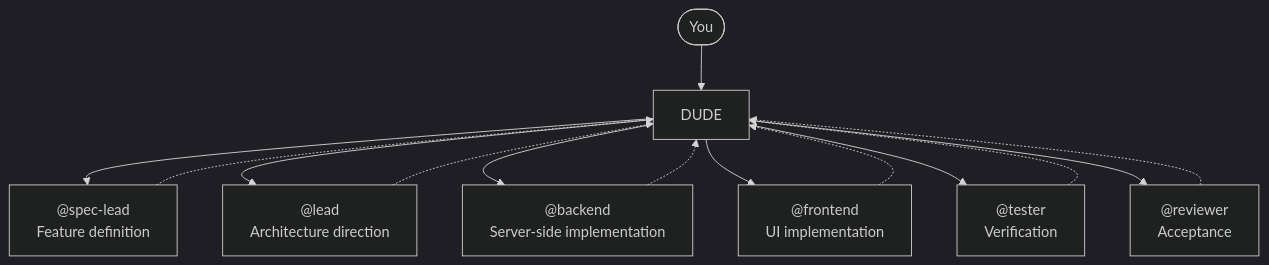
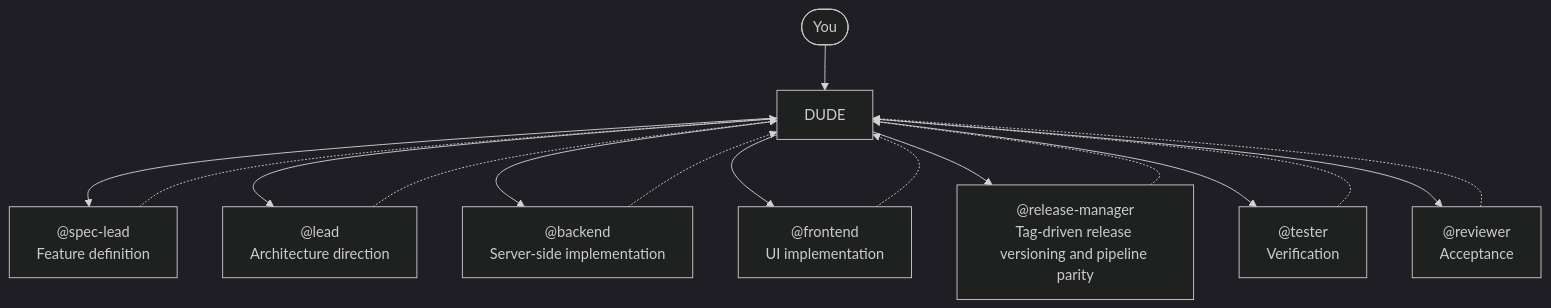
Before and after one commit to E-G-C/dude: the third of 3 diagrams in docs/reference.md, drawn with Mermaid (dark theme). The commit also changed other lines of this file and 48 other files, not shown here.

````diff
--- a/docs/reference.md
+++ b/docs/reference.md
@@ -220,16 +220,18 @@
 ```mermaid
 graph TB
     USER(["You"]) --> DUDE
     DUDE --> SPEC["@spec-lead\nFeature definition"]
     DUDE --> LEAD["@lead\nArchitecture direction"]
     DUDE --> BACKEND["@backend\nServer-side implementation"]
     DUDE --> FRONTEND["@frontend\nUI implementation"]
+    DUDE --> RELEASE["@release-manager\nTag-driven release versioning and pipeline parity"]
     DUDE --> TESTER["@tester\nVerification"]
     DUDE --> REVIEWER["@reviewer\nAcceptance"]
     SPEC -.-> DUDE
     LEAD -.-> DUDE
     BACKEND -.-> DUDE
     FRONTEND -.-> DUDE
+    RELEASE -.-> DUDE
     TESTER -.-> DUDE
     REVIEWER -.-> DUDE
 ```
````
